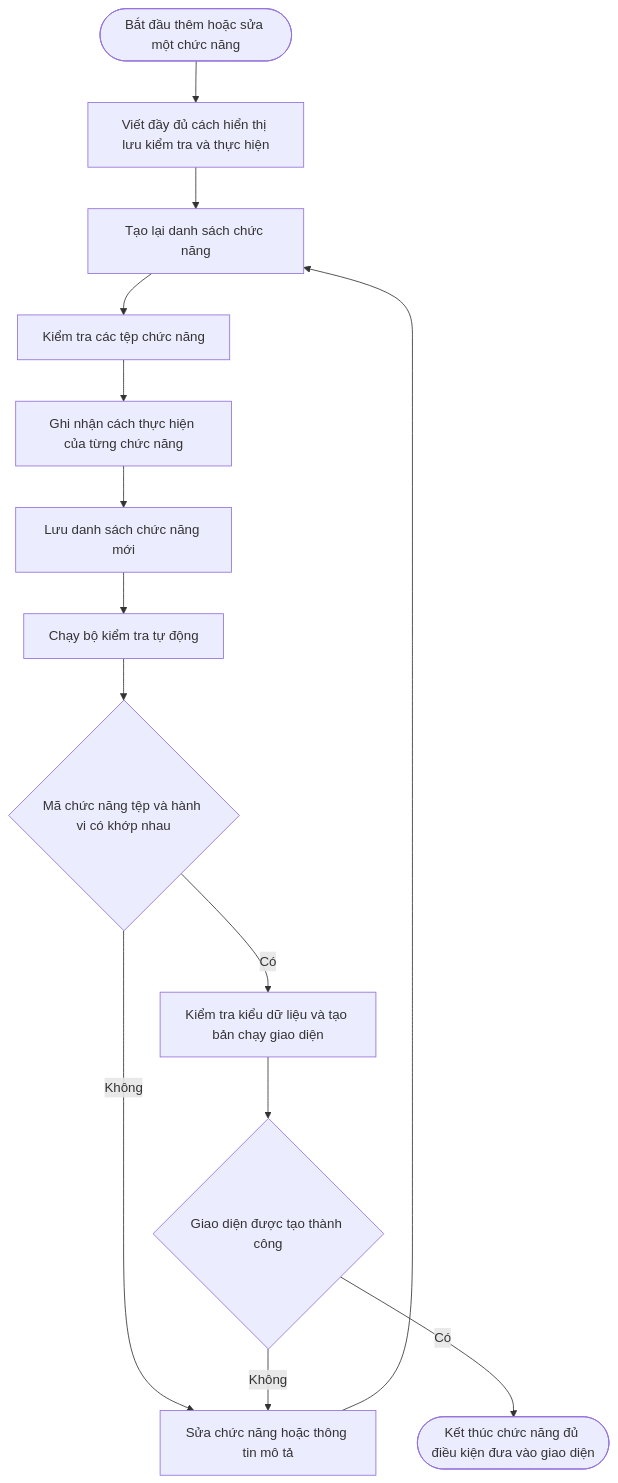
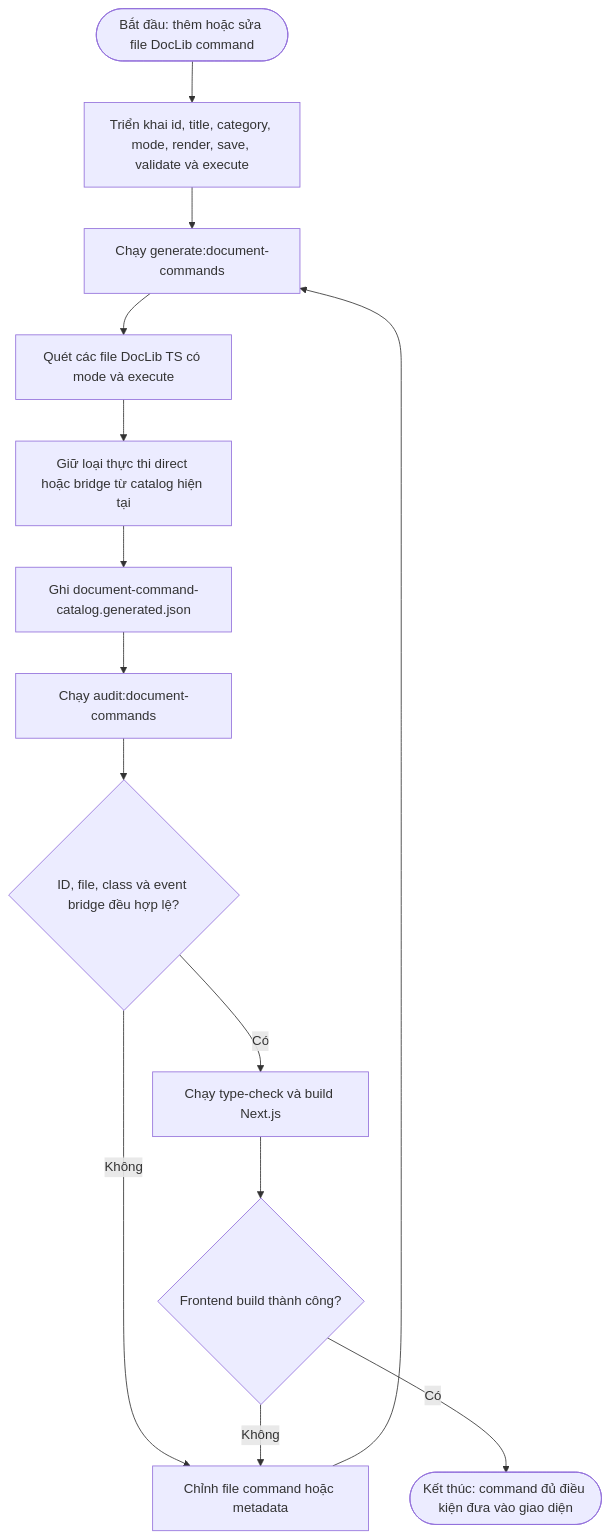
Before and after one commit to MinTruqday/dl: the fourth of 10 diagrams in compilation_workflow_and_architecture_guide.md, drawn with Mermaid. The commit also changed other lines of this file and 78 other files, not shown here.

````diff
--- a/compilation_workflow_and_architecture_guide.md
+++ b/compilation_workflow_and_architecture_guide.md
@@ -131,16 +107,16 @@
 ```mermaid
 flowchart TD
-    Start([Bắt đầu thêm hoặc sửa một chức năng]) --> ImplementContract[Viết đầy đủ cách hiển thị lưu kiểm tra và thực hiện]
-    ImplementContract --> GenerateCatalog[Tạo lại danh sách chức năng]
-    GenerateCatalog --> ScanFiles[Kiểm tra các tệp chức năng]
-    ScanFiles --> PreserveType[Ghi nhận cách thực hiện của từng chức năng]
-    PreserveType --> WriteCatalog[Lưu danh sách chức năng mới]
-    WriteCatalog --> RunAudit[Chạy bộ kiểm tra tự động]
-    RunAudit --> ValidCatalog{Mã chức năng tệp và hành vi có khớp nhau}
-    ValidCatalog -->|Không| FixCommand[Sửa chức năng hoặc thông tin mô tả]
+    Start([Bắt đầu: thêm hoặc sửa file DocLib command]) --> ImplementContract[Triển khai id, title, category, mode, render, save, validate và execute]
+    ImplementContract --> GenerateCatalog[Chạy generate:document-commands]
+    GenerateCatalog --> ScanFiles[Quét các file DocLib TS có mode và execute]
+    ScanFiles --> PreserveType[Giữ loại thực thi direct hoặc bridge từ catalog hiện tại]
+    PreserveType --> WriteCatalog[Ghi document-command-catalog.generated.json]
+    WriteCatalog --> RunAudit[Chạy audit:document-commands]
+    RunAudit --> ValidCatalog{ID, file, class và event bridge đều hợp lệ?}
+    ValidCatalog -->|Không| FixCommand[Chỉnh file command hoặc metadata]
     FixCommand --> GenerateCatalog
-    ValidCatalog -->|Có| BuildFrontend[Kiểm tra kiểu dữ liệu và tạo bản chạy giao diện]
-    BuildFrontend --> BuildOK{Giao diện được tạo thành công}
+    ValidCatalog -->|Có| BuildFrontend[Chạy type-check và build Next.js]
+    BuildFrontend --> BuildOK{Frontend build thành công?}
     BuildOK -->|Không| FixCommand
-    BuildOK -->|Có| End([Kết thúc chức năng đủ điều kiện đưa vào giao diện])
+    BuildOK -->|Có| End([Kết thúc: command đủ điều kiện đưa vào giao diện])
 ```
````
